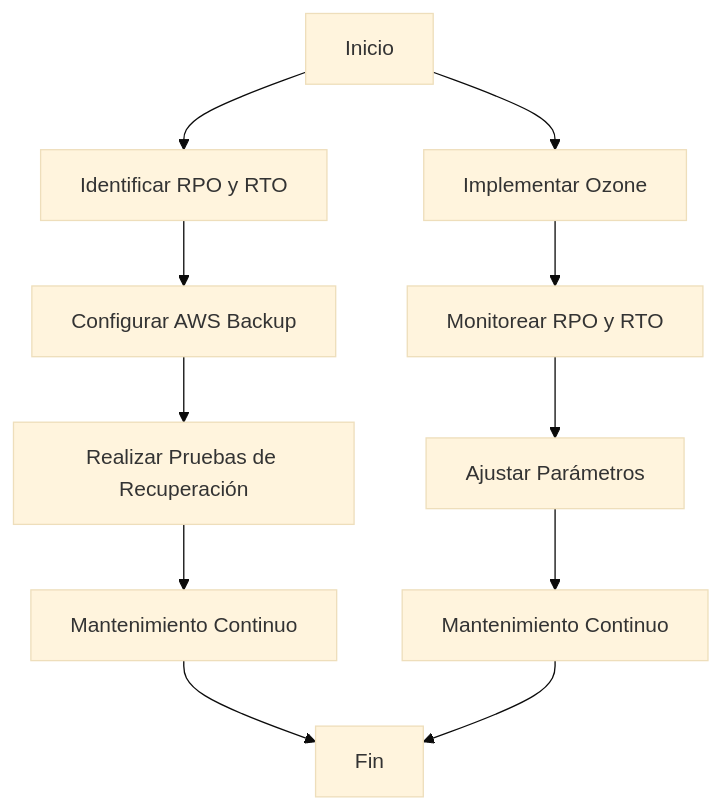
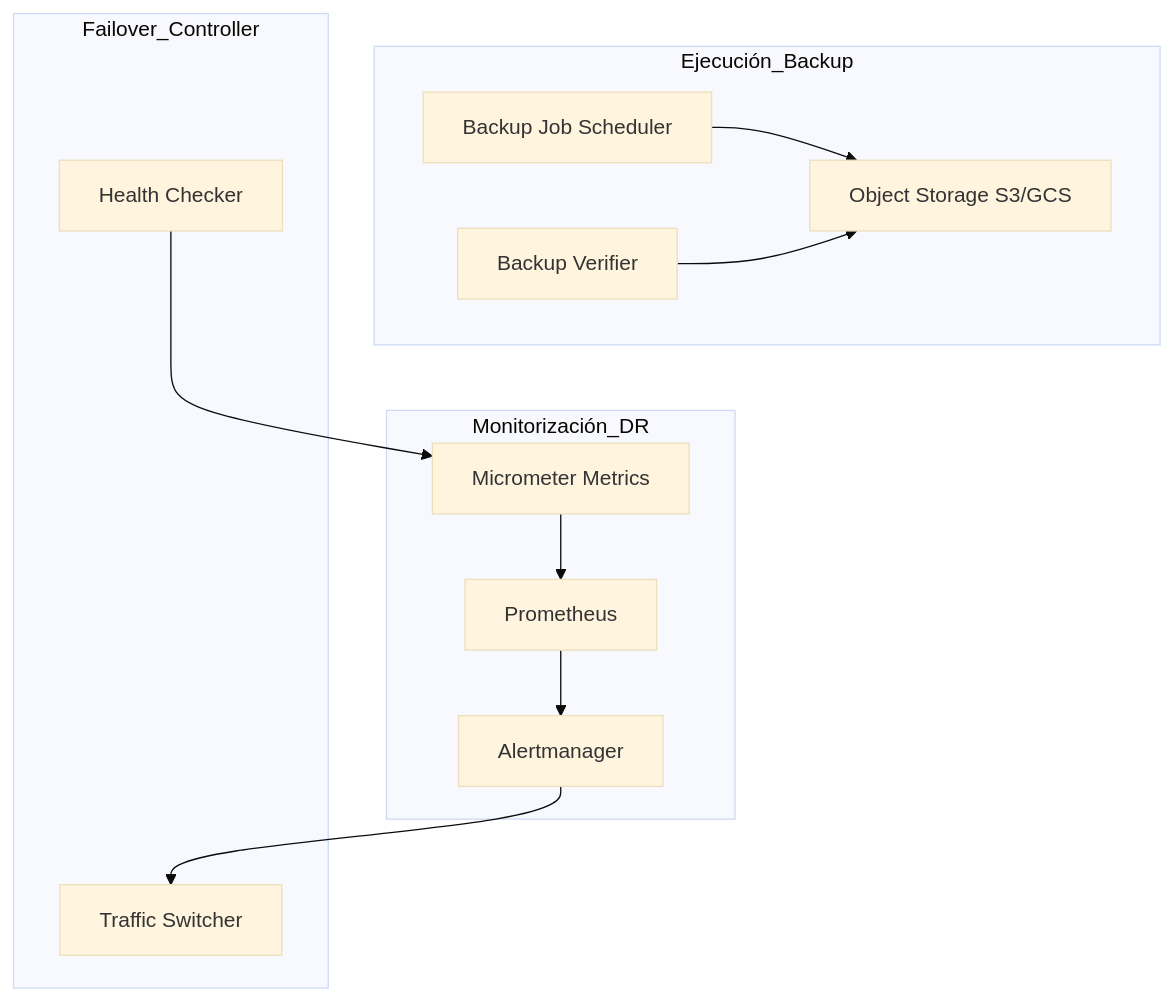
One commit to Joaquinriosheredia/DAM-Java-Mastery changed the second of 7 diagrams in _Review/disaster_recovery_rpo_rto_y_backup_strategy/disaster_recovery_rpo_rto_y_backup_strategy.md. Above: the diagram before and after it, drawn with Mermaid (base theme). The commit also changed other lines of this file, not shown here.

First line of the commit message:
Revise disaster recovery RPO, RTO, and backup strategy

````diff
--- a/_Review/disaster_recovery_rpo_rto_y_backup_strategy/disaster_recovery_rpo_rto_y_backup_strategy.md
+++ b/_Review/disaster_recovery_rpo_rto_y_backup_strategy/disaster_recovery_rpo_rto_y_backup_strategy.md
@@ -57,14 +81,26 @@
 ```mermaid
 graph TD
-    A[Inicio] --> B1;
-    B1[Identificar RPO y RTO] --> C1;
-    C1[Configurar AWS Backup] --> D1;
-    D1[Realizar Pruebas de Recuperación] --> E1;
-    E1[Mantenimiento Continuo] --> F[Fin];
-
-    A --> B2;
-    B2[Implementar Ozone] --> C2;
-    C2[Monitorear RPO y RTO] --> D2;
-    D2[Ajustar Parámetros] --> E2;
-    E2[Mantenimiento Continuo] --> F[Fin];
+    subgraph Monitorización_DR
+        MET[Micrometer Metrics]
+        PROM[Prometheus]
+        ALERT[Alertmanager]
+    end
+    
+    subgraph Ejecución_Backup
+        JOB[Backup Job Scheduler]
+        VERIFY[Backup Verifier]
+        STORE[Object Storage S3/GCS]
+    end
+    
+    subgraph Failover_Controller
+        HEALTH[Health Checker]
+        SWITCH[Traffic Switcher]
+    end
+    
+    JOB --> STORE
+    VERIFY --> STORE
+    HEALTH --> MET
+    MET --> PROM
+    PROM --> ALERT
+    ALERT --> SWITCH
 ```
````
